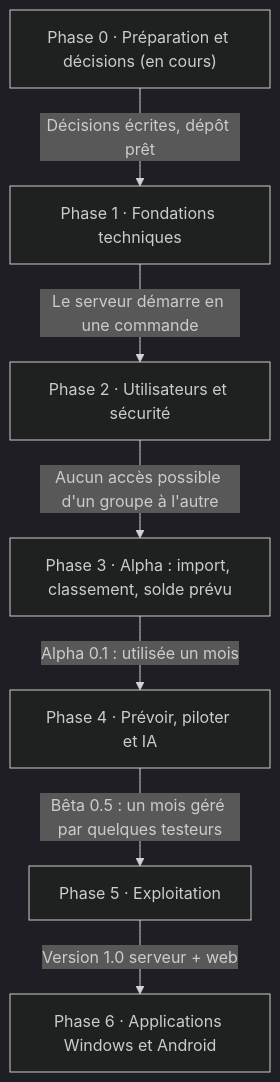
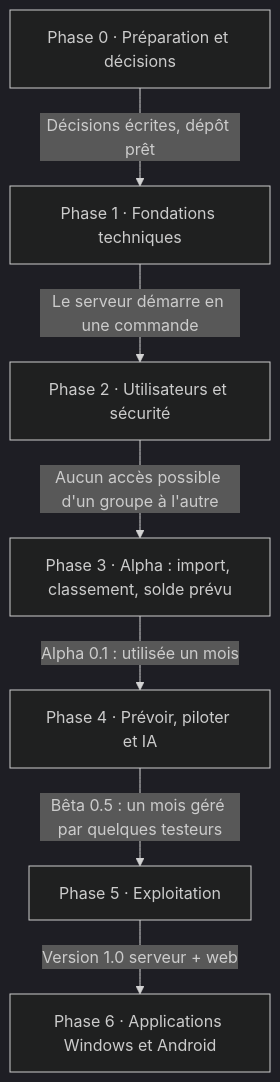
Before and after one commit to cmathias27/OwnCoffer: the diagram in docs/ROADBOOK.md, drawn with Mermaid (dark theme). The commit also changed other lines of this file, not shown here.

````diff
--- a/docs/ROADBOOK.md
+++ b/docs/ROADBOOK.md
@@ -12,10 +12,10 @@
 ```mermaid
 flowchart TD
-  P0["Phase 0 · Préparation et décisions (en cours)"] -->|Décisions écrites, dépôt prêt| P1
+  P0["Phase 0 · Préparation et décisions"] -->|Décisions écrites, dépôt prêt| P1
   P1["Phase 1 · Fondations techniques"] -->|Le serveur démarre en une commande| P2
   P2["Phase 2 · Utilisateurs et sécurité"] -->|Aucun accès possible d'un groupe à l'autre| P3
   P3["Phase 3 · Alpha : import, classement, solde prévu"] -->|"Alpha 0.1 : utilisée un mois"| P4
   P4["Phase 4 · Prévoir, piloter et IA"] -->|"Bêta 0.5 : un mois géré par quelques testeurs"| P5
   P5["Phase 5 · Exploitation"] -->|"Version 1.0 serveur + web"| P6
   P6["Phase 6 · Applications Windows et Android"]
 ```
````
